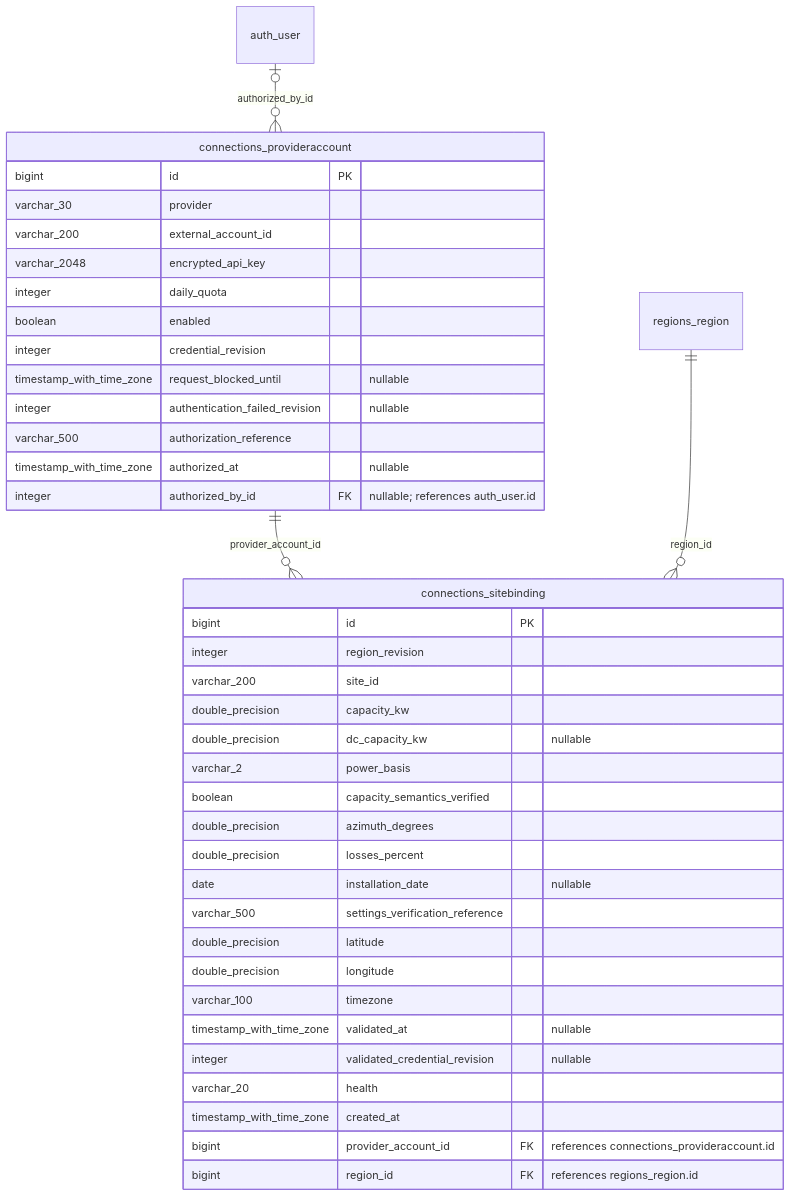
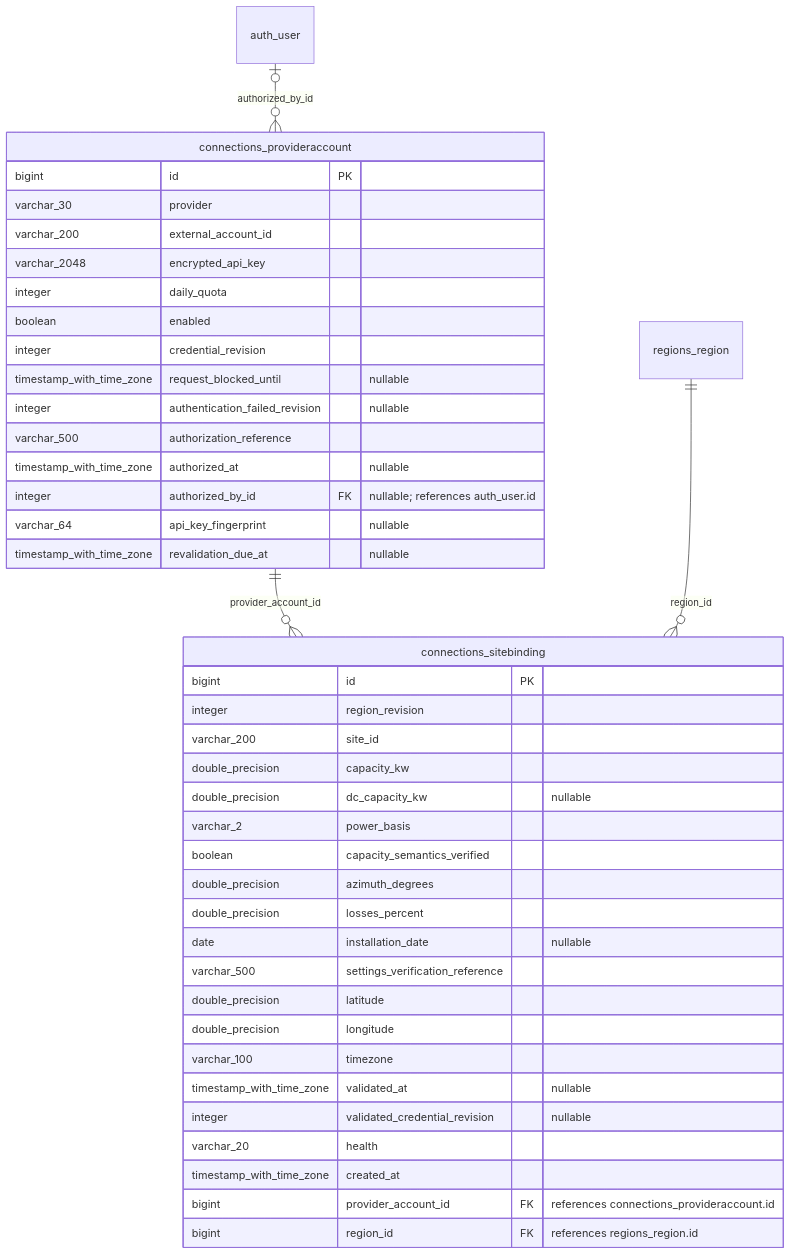
Before and after one commit to erkurtharun/pyracast: the fourth of 18 diagrams in docs/DATA_MODEL.md, drawn with Mermaid. The commit also changed other lines of this file and 116 other files, not shown here.

````diff
--- a/docs/DATA_MODEL.md
+++ b/docs/DATA_MODEL.md
@@ -393,42 +393,44 @@
 ```mermaid
 erDiagram
     connections_provideraccount {
         bigint id PK
         varchar_30 provider
         varchar_200 external_account_id
         varchar_2048 encrypted_api_key
         integer daily_quota
         boolean enabled
         integer credential_revision
         timestamp_with_time_zone request_blocked_until "nullable"
         integer authentication_failed_revision "nullable"
         varchar_500 authorization_reference
         timestamp_with_time_zone authorized_at "nullable"
         integer authorized_by_id FK "nullable; references auth_user.id"
+        varchar_64 api_key_fingerprint "nullable"
+        timestamp_with_time_zone revalidation_due_at "nullable"
     }
     connections_sitebinding {
         bigint id PK
         integer region_revision
         varchar_200 site_id
         double_precision capacity_kw
         double_precision dc_capacity_kw "nullable"
         varchar_2 power_basis
         boolean capacity_semantics_verified
         double_precision azimuth_degrees
         double_precision losses_percent
         date installation_date "nullable"
         varchar_500 settings_verification_reference
         double_precision latitude
         double_precision longitude
         varchar_100 timezone
         timestamp_with_time_zone validated_at "nullable"
         integer validated_credential_revision "nullable"
         varchar_20 health
         timestamp_with_time_zone created_at
         bigint provider_account_id FK "references connections_provideraccount.id"
         bigint region_id FK "references regions_region.id"
     }
     auth_user |o--o{ connections_provideraccount : "authorized_by_id"
     connections_provideraccount ||--o{ connections_sitebinding : "provider_account_id"
     regions_region ||--o{ connections_sitebinding : "region_id"
 ```
````
